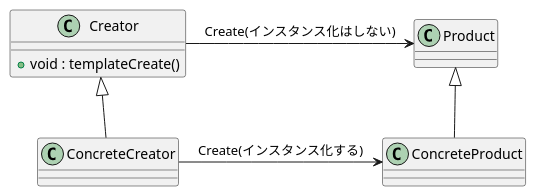
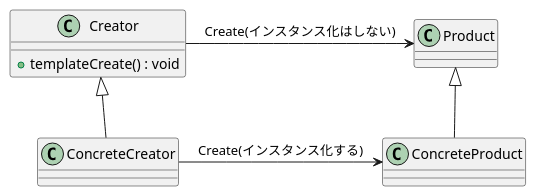
Before and after one commit to untangh/DesignPatternWithCSharp: the diagram in Patterns/FactoryMethodPattern/ClassDiagram.pu, drawn with PlantUML. The commit also changed 14 other files, not shown here.

Commit message:
doc : Class Diagram

```diff
--- a/Patterns/FactoryMethodPattern/ClassDiagram.pu
+++ b/Patterns/FactoryMethodPattern/ClassDiagram.pu
@@ -1,22 +1,22 @@
 @startuml
 class Creator{
-	+void : templateCreate()
+	+templateCreate() : void
 }
 
 class Product{
 
 }
 
 class ConcreteCreator{
 
 }
 
 class ConcreteProduct{
 
 }
 
 Creator -> Product : Create(インスタンス化はしない)
 Creator <|-- ConcreteCreator
 Product <|-- ConcreteProduct
 ConcreteCreator -> ConcreteProduct : Create(インスタンス化する)
 @enduml
```
